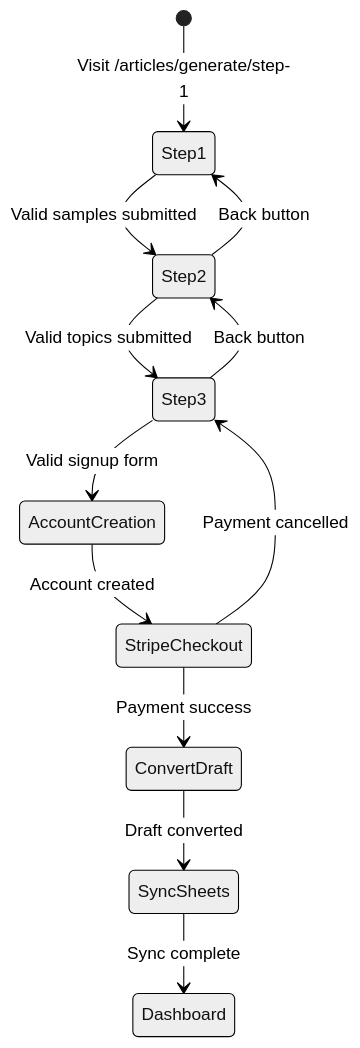
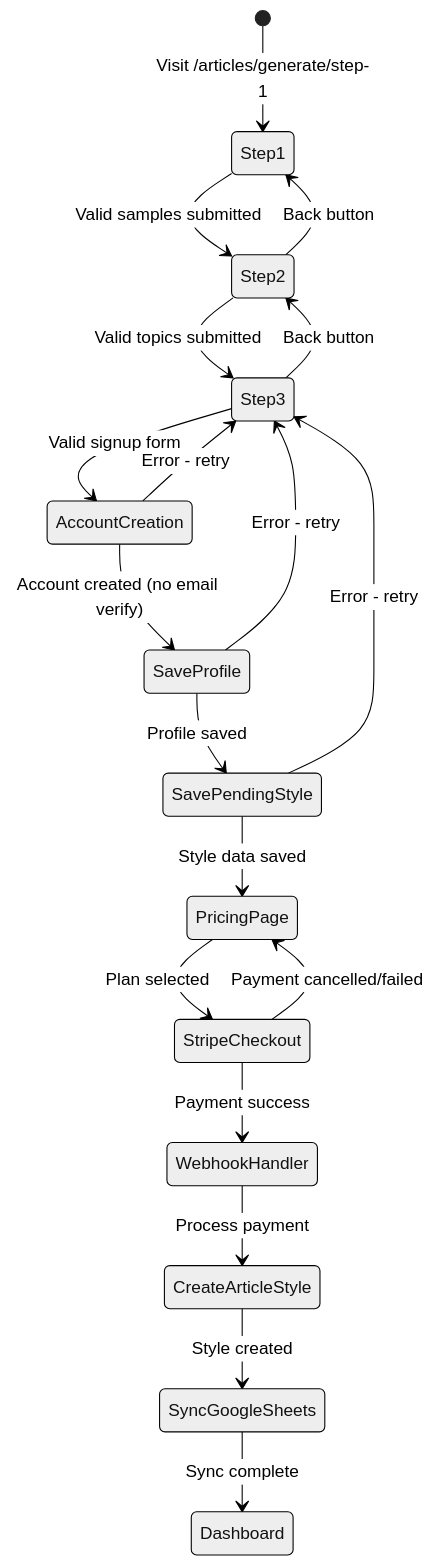
One commit to Drafter5000/Drafter5000 changed the second of 2 diagrams in .kiro/specs/onboarding-signup-flow/design.md. Above: the diagram before and after it, drawn with Mermaid (neutral theme). The commit also changed other lines of this file and 43 other files, not shown here.

First line of the commit message:
feat: Redesign dashboard and edit style flow with modern UI

````diff
--- a/.kiro/specs/onboarding-signup-flow/design.md
+++ b/.kiro/specs/onboarding-signup-flow/design.md
@@ -33,14 +46,22 @@
 ```mermaid
 stateDiagram-v2
     [*] --> Step1: Visit /articles/generate/step-1
     Step1 --> Step2: Valid samples submitted
     Step2 --> Step1: Back button
     Step2 --> Step3: Valid topics submitted
     Step3 --> Step2: Back button
     Step3 --> AccountCreation: Valid signup form
-    AccountCreation --> StripeCheckout: Account created
-    StripeCheckout --> ConvertDraft: Payment success
-    ConvertDraft --> SyncSheets: Draft converted
-    SyncSheets --> Dashboard: Sync complete
-    StripeCheckout --> Step3: Payment cancelled
+    AccountCreation --> SaveProfile: Account created (no email verify)
+    SaveProfile --> SavePendingStyle: Profile saved
+    SavePendingStyle --> PricingPage: Style data saved
+    PricingPage --> StripeCheckout: Plan selected
+    StripeCheckout --> WebhookHandler: Payment success
+    WebhookHandler --> CreateArticleStyle: Process payment
+    CreateArticleStyle --> SyncGoogleSheets: Style created
+    SyncGoogleSheets --> Dashboard: Sync complete
+    StripeCheckout --> PricingPage: Payment cancelled/failed
+
+    AccountCreation --> Step3: Error - retry
+    SaveProfile --> Step3: Error - retry
+    SavePendingStyle --> Step3: Error - retry
 ```
````
